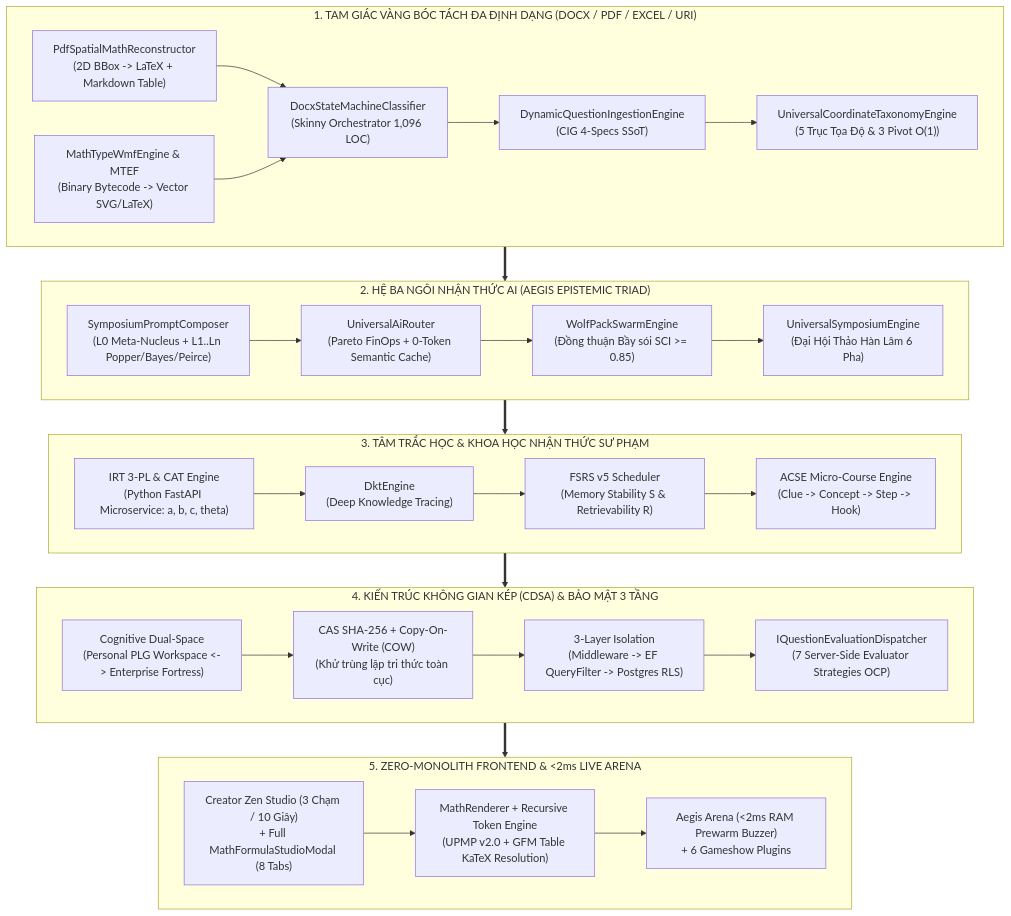
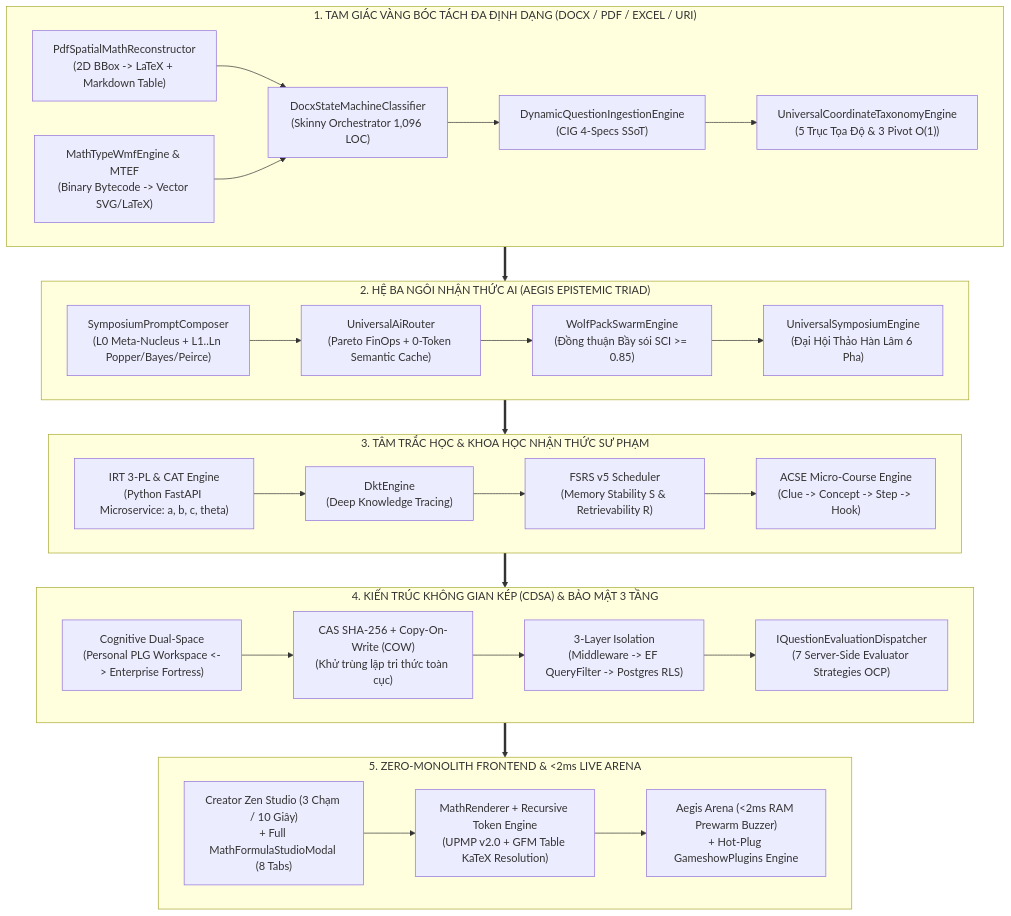
One commit to cuongvba/Aegis changed the first of 3 diagrams in docs/architecture/AEGIS_GLOBAL_SUPREME_SWOT_AND_WORLD_CLASS_BENCHMARK_2026.md. Above: the diagram before and after it, drawn with Mermaid. The commit also changed other lines of this file and 4 other files, not shown here.

Commit message:
docs(arena): add teacher step-by-step hot-plug gameshow studio guide and update arena architecture docs

````diff
--- a/docs/architecture/AEGIS_GLOBAL_SUPREME_SWOT_AND_WORLD_CLASS_BENCHMARK_2026.md
+++ b/docs/architecture/AEGIS_GLOBAL_SUPREME_SWOT_AND_WORLD_CLASS_BENCHMARK_2026.md
@@ -24,50 +24,50 @@
 ```mermaid
 flowchart TB
     subgraph L1_Ingestion["1. TAM GIÁC VÀNG BÓC TÁCH ĐA ĐỊNH DẠNG (DOCX / PDF / EXCEL / URI)"]
         DSMC["DocxStateMachineClassifier<br/>(Skinny Orchestrator 1,096 LOC)"]
         PDF["PdfSpatialMathReconstructor<br/>(2D BBox -> LaTeX + Markdown Table)"]
         WMF["MathTypeWmfEngine & MTEF<br/>(Binary Bytecode -> Vector SVG/LaTeX)"]
         CIG["DynamicQuestionIngestionEngine<br/>(CIG 4-Specs SSoT)"]
         UCTE["UniversalCoordinateTaxonomyEngine<br/>(5 Trục Tọa Độ & 3 Pivot O(1))"]
         PDF --> DSMC
         WMF --> DSMC
         DSMC --> CIG
         CIG --> UCTE
     end
 
     subgraph L2_EpistemicAI["2. HỆ BA NGÔI NHẬN THỨC AI (AEGIS EPISTEMIC TRIAD)"]
         UAR["UniversalAiRouter<br/>(Pareto FinOps + 0-Token Semantic Cache)"]
         WPSE["WolfPackSwarmEngine<br/>(Đồng thuận Bầy sói SCI >= 0.85)"]
         USE["UniversalSymposiumEngine<br/>(Đại Hội Thảo Hàn Lâm 6 Pha)"]
         SPC["SymposiumPromptComposer<br/>(L0 Meta-Nucleus + L1..Ln Popper/Bayes/Peirce)"]
         SPC --> UAR --> WPSE --> USE
     end
 
     subgraph L3_Psychometrics["3. TÂM TRẮC HỌC & KHOA HỌC NHẬN THỨC SƯ PHẠM"]
         IRT["IRT 3-PL & CAT Engine<br/>(Python FastAPI Microservice: a, b, c, theta)"]
         DKT["DktEngine<br/>(Deep Knowledge Tracing)"]
         FSRS["FSRS v5 Scheduler<br/>(Memory Stability S & Retrievability R)"]
         ACSE["ACSE Micro-Course Engine<br/>(Clue -> Concept -> Step -> Hook)"]
         IRT --> DKT --> FSRS --> ACSE
     end
 
     subgraph L4_DualSpace["4. KIẾN TRÚC KHÔNG GIAN KÉP (CDSA) & BẢO MẬT 3 TẦNG"]
         CDSA["Cognitive Dual-Space<br/>(Personal PLG Workspace <-> Enterprise Fortress)"]
         CAS["CAS SHA-256 + Copy-On-Write (COW)<br/>(Khử trùng lặp tri thức toàn cục)"]
         RLS["3-Layer Isolation<br/>(Middleware -> EF QueryFilter -> Postgres RLS)"]
         EVAL["IQuestionEvaluationDispatcher<br/>(7 Server-Side Evaluator Strategies OCP)"]
         CDSA --> CAS --> RLS --> EVAL
     end
 
     subgraph L5_ZenUX["5. ZERO-MONOLITH FRONTEND & <2ms LIVE ARENA"]
         STUDIO["Creator Zen Studio (3 Chạm / 10 Giây)<br/>+ Full MathFormulaStudioModal (8 Tabs)"]
         MATH["MathRenderer + Recursive Token Engine<br/>(UPMP v2.0 + GFM Table KaTeX Resolution)"]
-        ARENA["Aegis Arena (<2ms RAM Prewarm Buzzer)<br/>+ 6 Gameshow Plugins"]
+        ARENA["Aegis Arena (<2ms RAM Prewarm Buzzer)<br/>+ Hot-Plug GameshowPlugins Engine"]
         STUDIO --> MATH --> ARENA
     end
 
     L1_Ingestion ==> L2_EpistemicAI
     L2_EpistemicAI ==> L3_Psychometrics
     L3_Psychometrics ==> L4_DualSpace
     L4_DualSpace ==> L5_ZenUX
 ```
````
